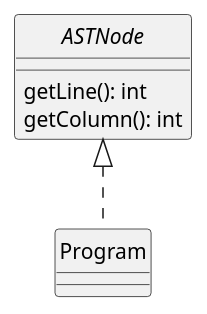
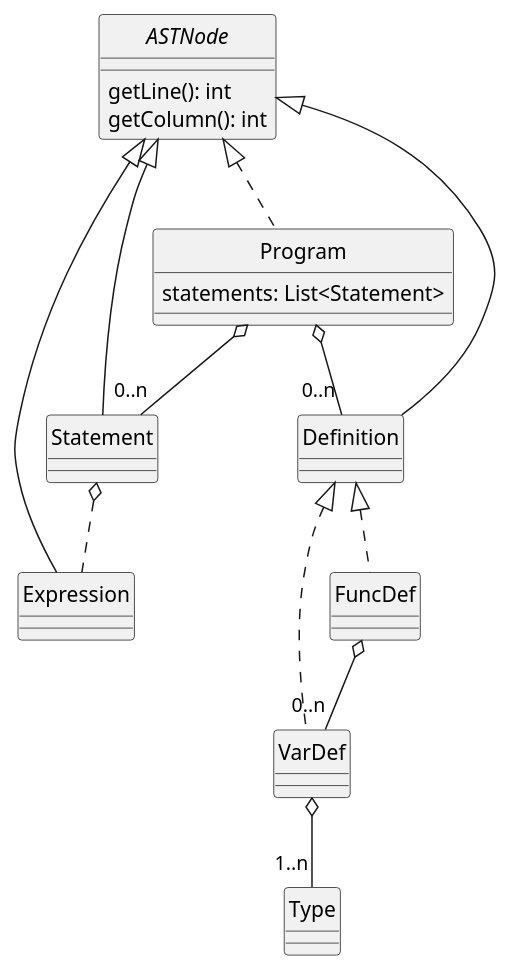
One commit to uo271288/dlp-compiler changed the diagram in docs/diagrams/program.plantuml. Above: the diagram before and after it, drawn with PlantUML. The commit also changed 1 other file, not shown here.

Commit message:
Program Diagram finished, Statement Diagram TBD

```diff
--- a/docs/diagrams/program.plantuml
+++ b/docs/diagrams/program.plantuml
@@ -1,15 +1,39 @@
 @startuml Program
 skinparam style strictuml
 skinparam monochrome true
 
 
 interface ASTNode {
     getLine(): int
     getColumn(): int
 }
 
-class Program
+class Program {
+    statements: List<Statement>
+}
+
+class Statement
+
+class Expression
+
+class Definition
+
+class VarDef
+
+class FuncDef
+
+class Type
 
 ASTNode <|.. Program
+ASTNode <|-- Statement
+ASTNode <|-- Expression
+ASTNode <|-- Definition
+Program o-- "0..n" Statement
+Program o-- "0..n" Definition
+Statement o.. Expression
+Definition <|.. VarDef
+Definition <|.. FuncDef
+FuncDef o-- "0..n" VarDef
+VarDef o-- "1..n" Type
 
 @enduml
```
